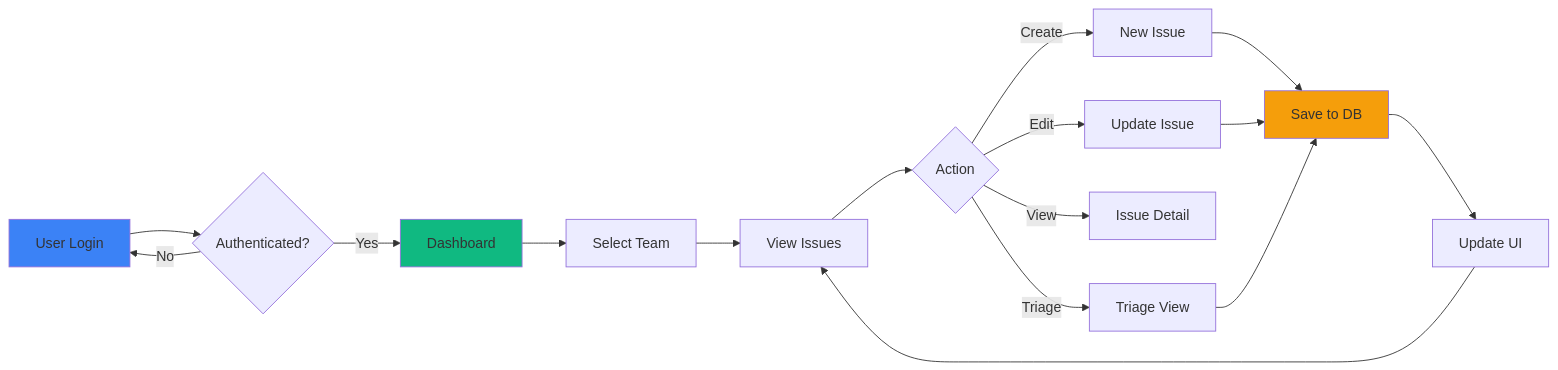
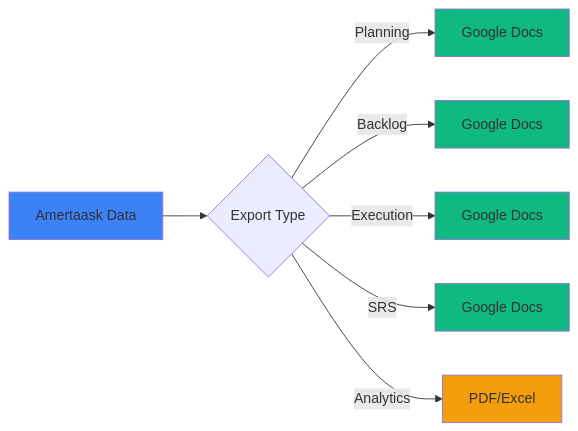
The fifth of 14 diagrams in README.md (amertarva/amertask), drawn with Mermaid before and after one commit. The commit also changed other lines of this file and 150 other files, not shown here.

Commit message:
feat: implement comprehensive dashboard for requirements, SRS, planning, and Google Docs integration with full-stack support.

````diff
--- a/README.md
+++ b/README.md
@@ -233,26 +223,16 @@
 ```mermaid
 flowchart LR
-    A[User Login] --> B{Authenticated?}
-    B -->|Yes| C[Dashboard]
-    B -->|No| A
-
-    C --> D[Select Team]
-    D --> E[View Issues]
-
-    E --> F{Action}
-    F -->|Create| G[New Issue]
-    F -->|Edit| H[Update Issue]
-    F -->|View| I[Issue Detail]
-    F -->|Triage| J[Triage View]
-
-    G --> K[Save to DB]
-    H --> K
-    J --> K
-
-    K --> L[Update UI]
-    L --> E
+    A[Amertaask Data] --> B{Export Type}
+    B -->|Planning| C[Google Docs]
+    B -->|Backlog| D[Google Docs]
+    B -->|Execution| E[Google Docs]
+    B -->|SRS| F[Google Docs]
+    B -->|Analytics| G[PDF/Excel]
 
     style A fill:#3b82f6
     style C fill:#10b981
-    style K fill:#f59e0b
+    style D fill:#10b981
+    style E fill:#10b981
+    style F fill:#10b981
+    style G fill:#f59e0b
 ```
````
